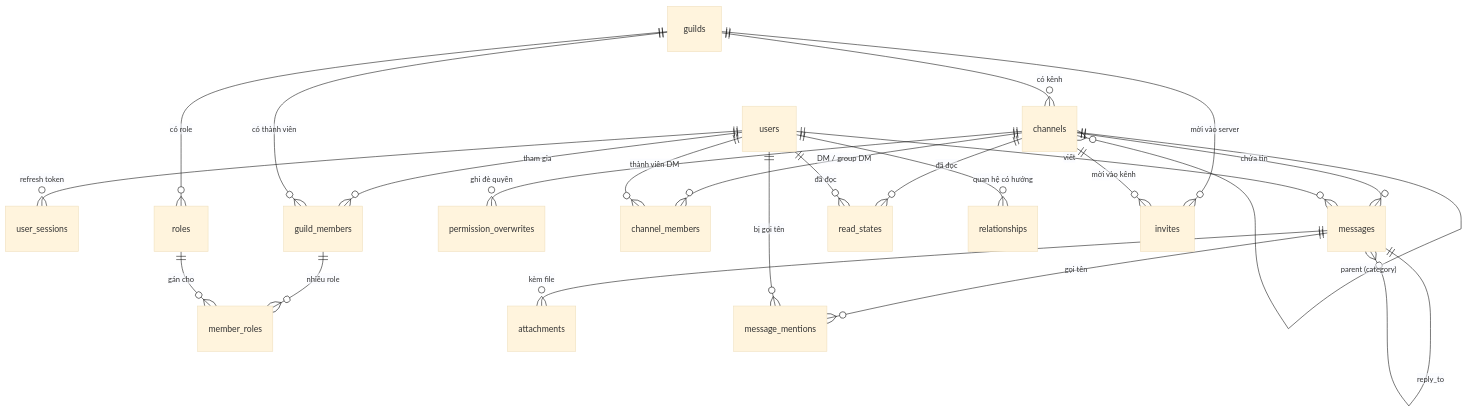
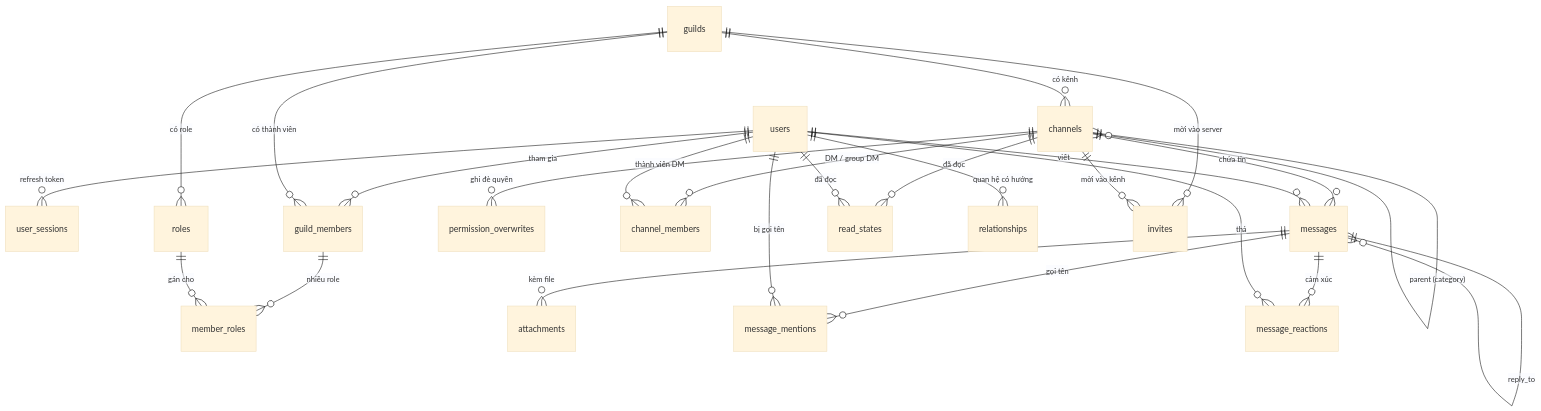
Before and after one commit to lxmtuu/Umaru: the diagram in docs/data-model.md, drawn with Mermaid (base theme). The commit also changed 18 other files, not shown here.

First line of the commit message:
feat(reaction): thả cảm xúc emoji lên tin nhắn

````diff
--- a/docs/data-model.md
+++ b/docs/data-model.md
@@ -21,25 +21,27 @@
 ```mermaid
 erDiagram
     users ||--o{ user_sessions : "refresh token"
     users ||--o{ guild_members : "tham gia"
     guilds ||--o{ guild_members : "có thành viên"
     guilds ||--o{ roles : "có role"
     guild_members ||--o{ member_roles : "nhiều role"
     roles ||--o{ member_roles : "gán cho"
     guilds ||--o{ channels : "có kênh"
     channels ||--o{ channels : "parent (category)"
     channels ||--o{ permission_overwrites : "ghi đè quyền"
     channels ||--o{ channel_members : "DM / group DM"
     users ||--o{ channel_members : "thành viên DM"
     channels ||--o{ messages : "chứa tin"
     users ||--o{ messages : "viết"
     messages ||--o{ messages : "reply_to"
     messages ||--o{ attachments : "kèm file"
     channels ||--o{ read_states : "đã đọc"
     users ||--o{ read_states : "đã đọc"
     messages ||--o{ message_mentions : "gọi tên"
+    messages ||--o{ message_reactions : "cảm xúc"
+    users ||--o{ message_reactions : "thả"
     users ||--o{ message_mentions : "bị gọi tên"
     users ||--o{ relationships : "quan hệ có hướng"
     guilds ||--o{ invites : "mời vào server"
     channels ||--o{ invites : "mời vào kênh"
 ```
````
